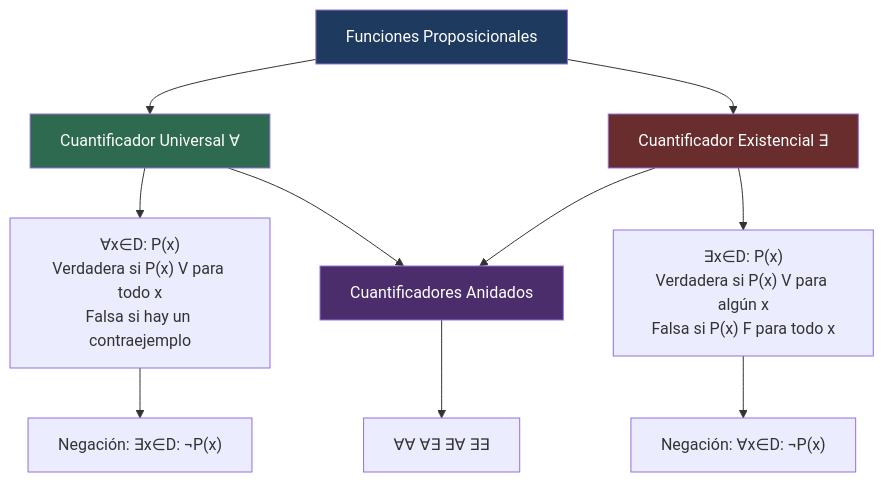
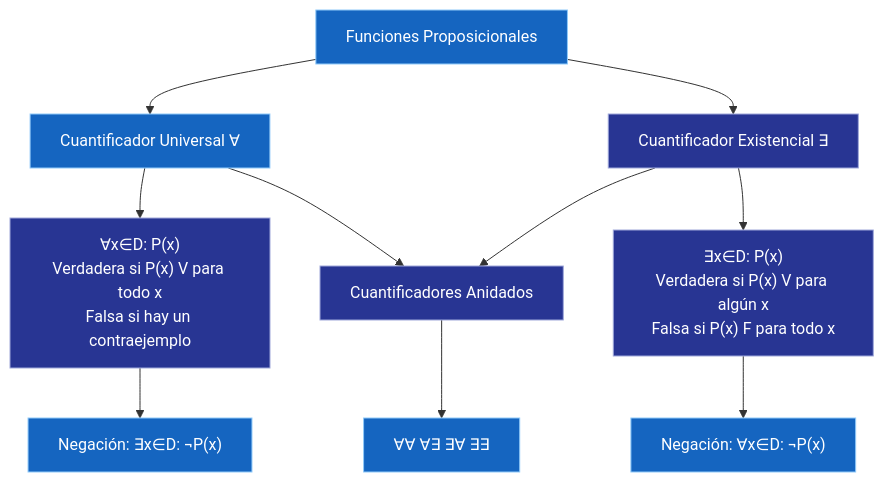
Before and after one commit to Fsteven22/Notas-ESPOL: the diagram in src/site/notes/Universidad/3er Semestre/Matemáticas Discretas/Unidad 1 - Logica y Conjuntos/II - Álgebra Proposicional/02 - Cuantificadores.md, drawn with Mermaid. The commit also changed 79 other files, not shown here.

````diff
--- a/src/site/notes/Universidad/3er Semestre/Matemáticas Discretas/Unidad 1 - Logica y Conjuntos/II - Álgebra Proposicional/02 - Cuantificadores.md
+++ b/src/site/notes/Universidad/3er Semestre/Matemáticas Discretas/Unidad 1 - Logica y Conjuntos/II - Álgebra Proposicional/02 - Cuantificadores.md
@@ -302,20 +302,25 @@
 ```mermaid
 graph TD
     A[Funciones Proposicionales] --> B[Cuantificador Universal ∀]
     A --> C[Cuantificador Existencial ∃]
     
     B --> D["∀x∈D: P(x)<br/>Verdadera si P(x) V para todo x<br/>Falsa si hay un contraejemplo"]
     C --> E["∃x∈D: P(x)<br/>Verdadera si P(x) V para algún x<br/>Falsa si P(x) F para todo x"]
     
     D --> F["Negación: ∃x∈D: ¬P(x)"]
     E --> G["Negación: ∀x∈D: ¬P(x)"]
     
     B --> H[Cuantificadores Anidados]
     C --> H
     H --> I[∀∀ ∀∃ ∃∀ ∃∃]
+    style A fill:#1565C0,color:#FFFFFF,stroke:#90CAF9,stroke-width:1px
+    style B fill:#1565C0,color:#FFFFFF,stroke:#90CAF9,stroke-width:1px
+    style C fill:#283593,color:#FFFFFF,stroke:#9FA8DA,stroke-width:1px
+    style D fill:#283593,color:#FFFFFF,stroke:#9FA8DA,stroke-width:1px
+    style E fill:#283593,color:#FFFFFF,stroke:#9FA8DA,stroke-width:1px
+    style F fill:#1565C0,color:#FFFFFF,stroke:#90CAF9,stroke-width:1px
+    style G fill:#1565C0,color:#FFFFFF,stroke:#90CAF9,stroke-width:1px
+    style H fill:#283593,color:#FFFFFF,stroke:#9FA8DA,stroke-width:1px
+    style I fill:#1565C0,color:#FFFFFF,stroke:#90CAF9,stroke-width:1px
     
-    style A fill:#1e3a5f,color:#fff
-    style B fill:#2d6a4f,color:#fff
-    style C fill:#6a2d2d,color:#fff
-    style H fill:#4a2d6a,color:#fff
 ```
````
